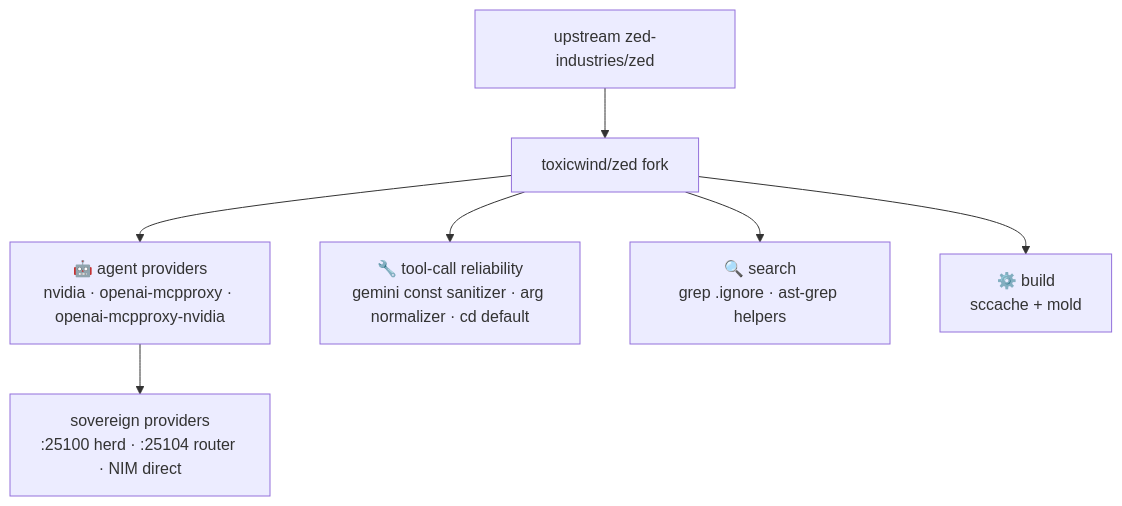
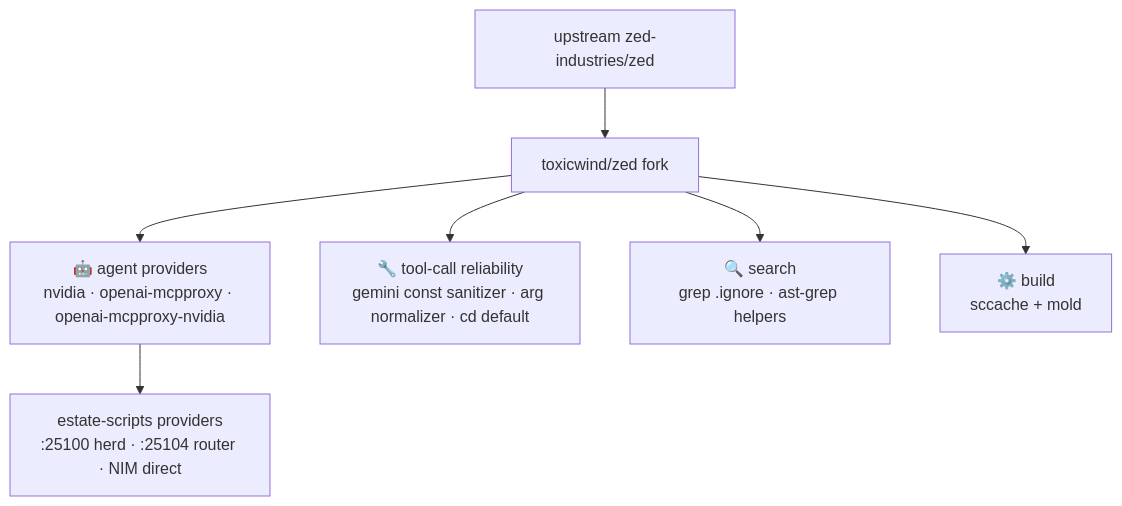
One commit to toxicwind/ranch changed the diagram in qed/zed/README.md. Above: the diagram before and after it, drawn with Mermaid. The commit also changed other lines of this file and 633 other files, not shown here.

````diff
--- a/qed/zed/README.md
+++ b/qed/zed/README.md
@@ -28,9 +28,9 @@
 ```mermaid
 flowchart TD
     U[upstream zed-industries/zed] --> F[toxicwind/zed fork]
     F --> A["🤖 agent providers<br/>nvidia · openai-mcpproxy · openai-mcpproxy-nvidia"]
     F --> T["🔧 tool-call reliability<br/>gemini const sanitizer · arg normalizer · cd default"]
     F --> S["🔍 search<br/>grep .ignore · ast-grep helpers"]
     F --> B["⚙️ build<br/>sccache + mold"]
-    A --> H["sovereign providers<br/>:25100 herd · :25104 router · NIM direct"]
+    A --> H["estate-scripts providers<br/>:25100 herd · :25104 router · NIM direct"]
 ```
````
